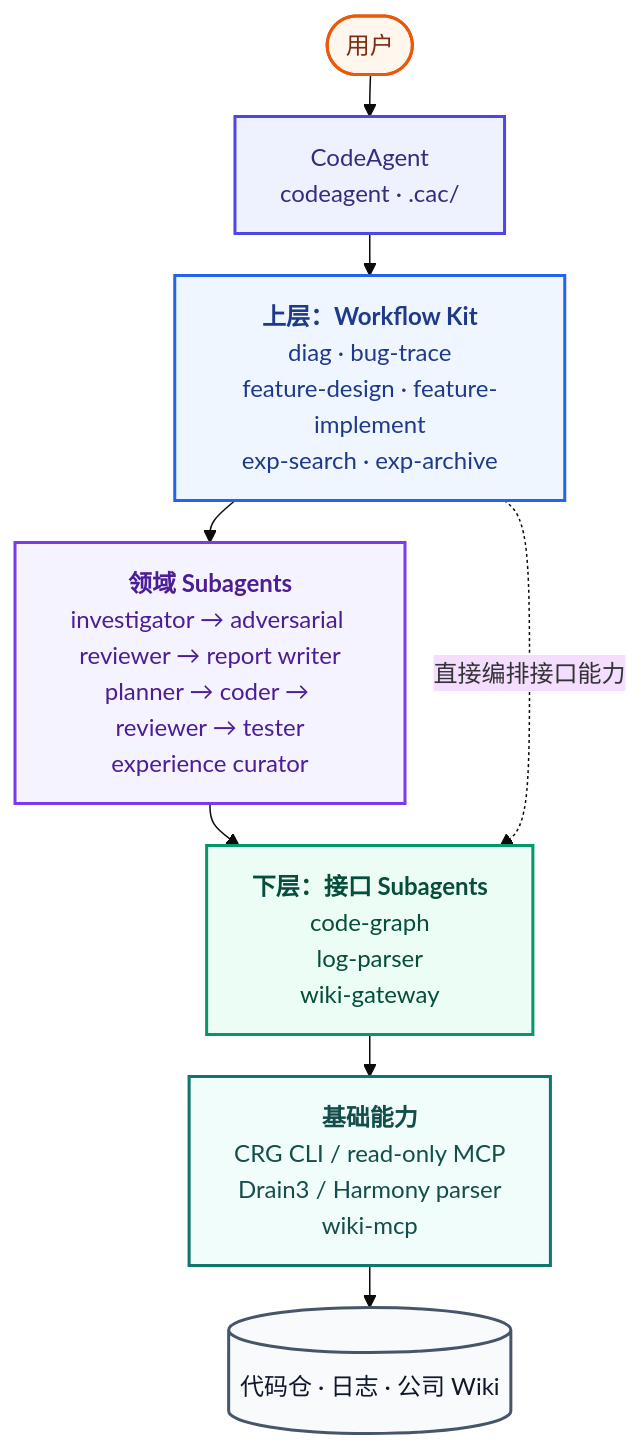
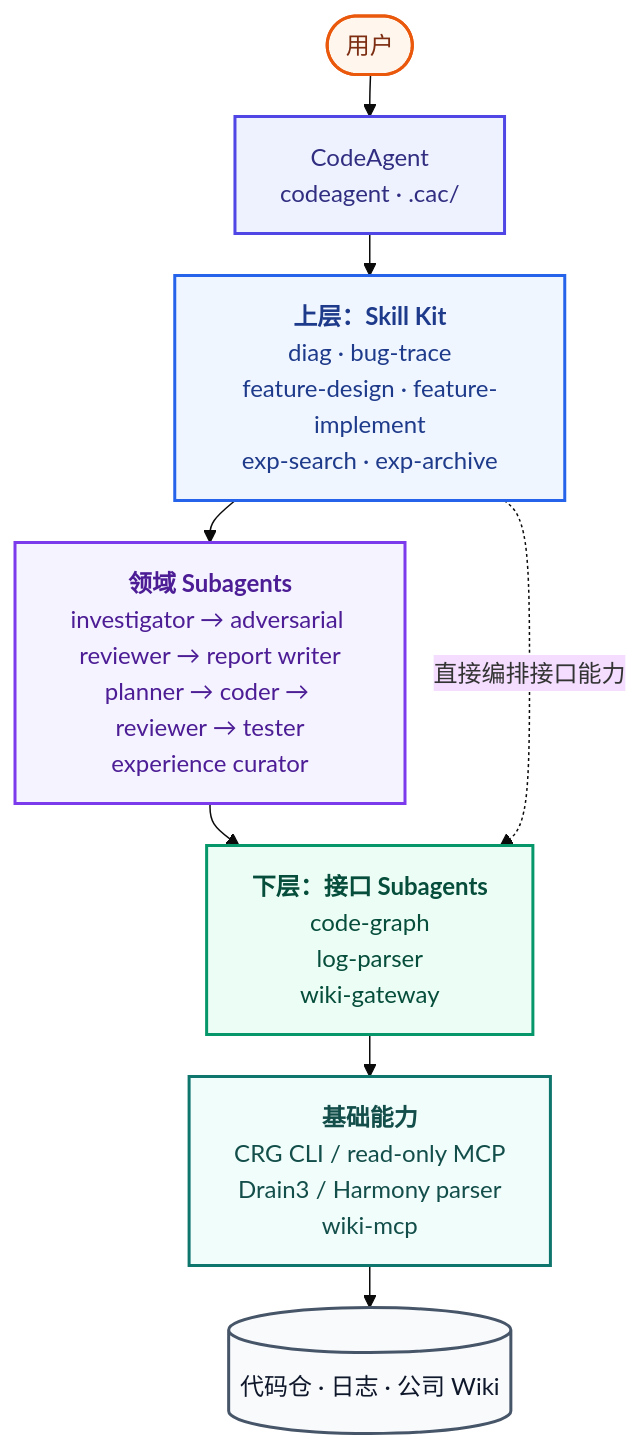
One commit to astronautJack/HiAgent changed the first of 4 diagrams in docs/architecture.md. Above: the diagram before and after it, drawn with Mermaid. The commit also changed other lines of this file and 34 other files, not shown here.

First line of the commit message:
refactor: workflow 全部改写为 skill（codeagent port）

````diff
--- a/docs/architecture.md
+++ b/docs/architecture.md
@@ -9,22 +9,22 @@
 ```mermaid
 %%{init: {"theme":"base","flowchart":{"curve":"basis","nodeSpacing":18,"rankSpacing":28},"themeVariables":{"fontFamily":"Segoe UI, Microsoft YaHei, sans-serif"}}}%%
 flowchart TB
     U([用户]):::human
     C["CodeAgent<br/>codeagent · .cac/"]:::runtime
-    W["<b>上层：Workflow Kit</b><br/>diag · bug-trace<br/>feature-design · feature-implement<br/>exp-search · exp-archive"]:::workflow
+    W["<b>上层：Skill Kit</b><br/>diag · bug-trace<br/>feature-design · feature-implement<br/>exp-search · exp-archive"]:::skill
     K["<b>领域 Subagents</b><br/>investigator → adversarial reviewer → report writer<br/>planner → coder → reviewer → tester<br/>experience curator"]:::kit
     I["<b>下层：接口 Subagents</b><br/>code-graph<br/>log-parser<br/>wiki-gateway"]:::interface
     B["<b>基础能力</b><br/>CRG CLI / read-only MCP<br/>Drain3 / Harmony parser<br/>wiki-mcp"]:::system
     R[(代码仓 · 日志 · 公司 Wiki)]:::data
 
     U --> C --> W --> K --> I --> B --> R
     W -. 直接编排接口能力 .-> I
 
     classDef human fill:#FFF7ED,stroke:#EA580C,color:#7C2D12,stroke-width:2px;
     classDef runtime fill:#EEF2FF,stroke:#4F46E5,color:#312E81,stroke-width:2px;
-    classDef workflow fill:#EFF6FF,stroke:#2563EB,color:#1E3A8A,stroke-width:2px;
+    classDef skill fill:#EFF6FF,stroke:#2563EB,color:#1E3A8A,stroke-width:2px;
     classDef kit fill:#F5F3FF,stroke:#7C3AED,color:#4C1D95,stroke-width:2px;
     classDef interface fill:#ECFDF5,stroke:#059669,color:#064E3B,stroke-width:2px;
     classDef system fill:#F0FDFA,stroke:#0F766E,color:#134E4A,stroke-width:2px;
     classDef data fill:#F8FAFC,stroke:#475569,color:#0F172A,stroke-width:2px;
 ```
````
